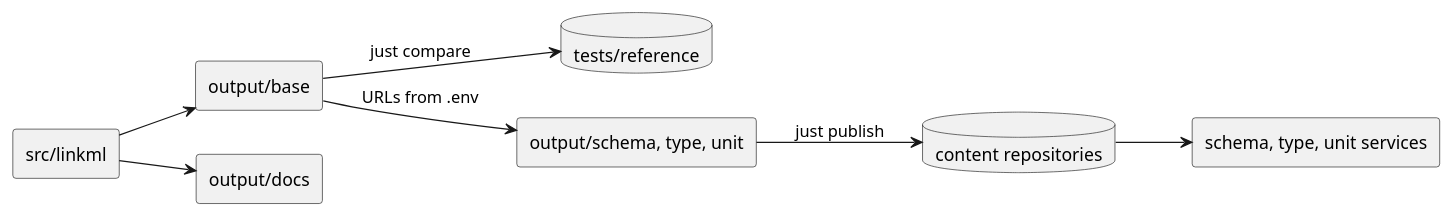
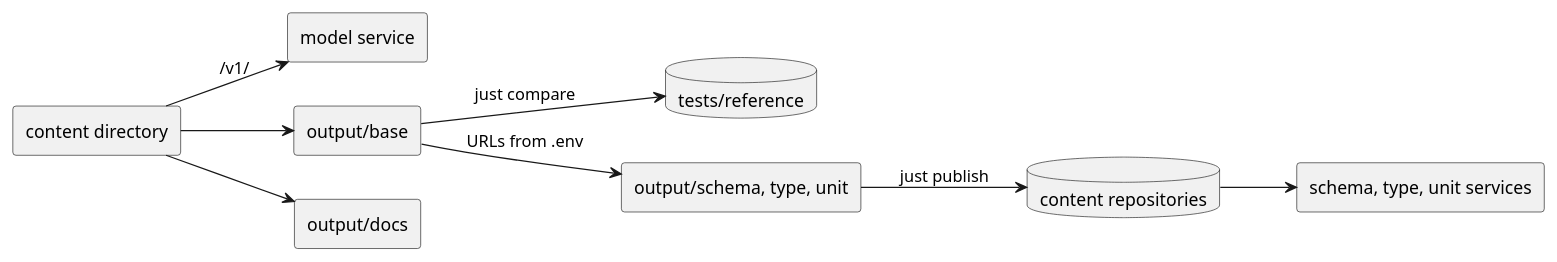
Before and after one commit to ifdd-de/model: the diagram in {{cookiecutter.ifdd_model_prj_slug}}/docs/en/index.md, drawn with PlantUML. The commit also changed other lines of this file and 32 other files, not shown here.

````diff
--- a/{{cookiecutter.ifdd_model_prj_slug}}/docs/en/index.md
+++ b/{{cookiecutter.ifdd_model_prj_slug}}/docs/en/index.md
@@ -30,18 +33,20 @@
 ```{uml}
 @startuml
 left to right direction
-  rectangle "src/linkml" as Src
+  rectangle "content directory" as Src
+  rectangle "model service" as Model
+  Src --> Model : /v1/
   rectangle "output/base" as Base
   Src --> Base
   database "tests/reference" as Ref
   Base --> Ref : just compare
   rectangle "output/schema, type, unit" as Out
   Base --> Out : URLs from .env
   database "content repositories" as Content
   Out --> Content : just publish
   rectangle "schema, type, unit services" as Services
   Content --> Services
   rectangle "output/docs" as Docs
   Src --> Docs
 @enduml
 ```
````
